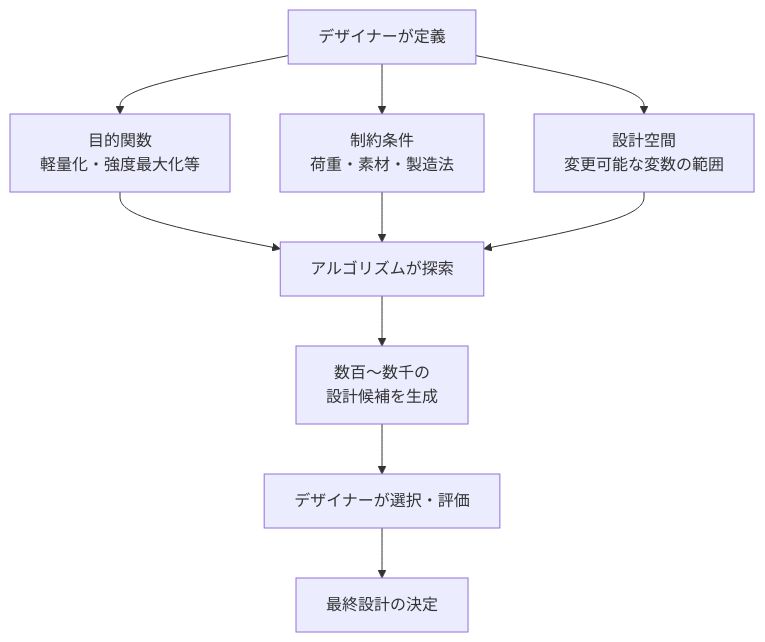
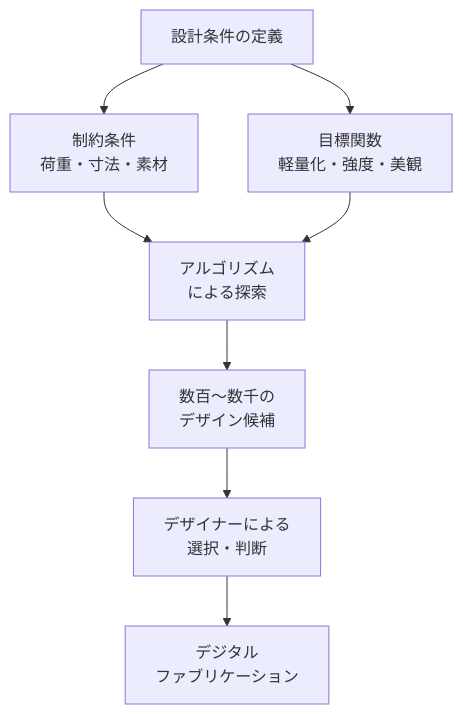
Before and after one commit to Hide-nu/Designer-curriculum: the fourth of 5 diagrams in docs/books/04-critical-making/ch03-digital-fabrication.md, drawn with Mermaid. The commit also changed other lines of this file and 13 other files, not shown here.

````diff
--- a/docs/books/04-critical-making/ch03-digital-fabrication.md
+++ b/docs/books/04-critical-making/ch03-digital-fabrication.md
@@ -100,12 +134,10 @@
 ```mermaid
 graph TD
-    A[デザイナーが定義] --> B[目的関数<br>軽量化・強度最大化等]
-    A --> C[制約条件<br>荷重・素材・製造法]
-    A --> D[設計空間<br>変更可能な変数の範囲]
-    B --> E[アルゴリズムが探索]
-    C --> E
-    D --> E
-    E --> F[数百〜数千の<br>設計候補を生成]
-    F --> G[デザイナーが選択・評価]
-    G --> H[最終設計の決定]
+    A[設計条件の定義] --> B[制約条件<br/>荷重・寸法・素材]
+    A --> C[目標関数<br/>軽量化・強度・美観]
+    B --> D[アルゴリズム<br/>による探索]
+    C --> D
+    D --> E[数百〜数千の<br/>デザイン候補]
+    E --> F[デザイナーによる<br/>選択・判断]
+    F --> G[デジタル<br/>ファブリケーション]
 ```
````
